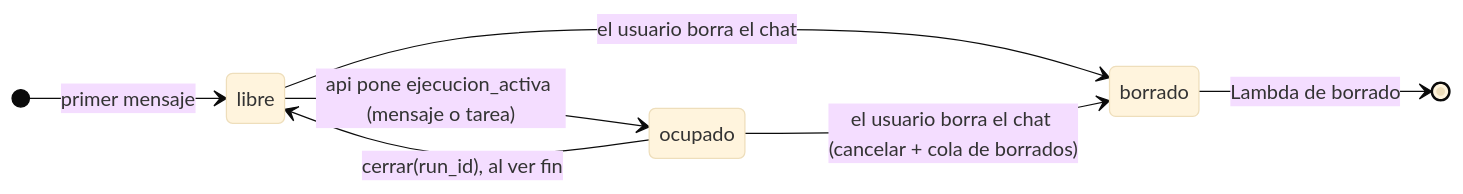
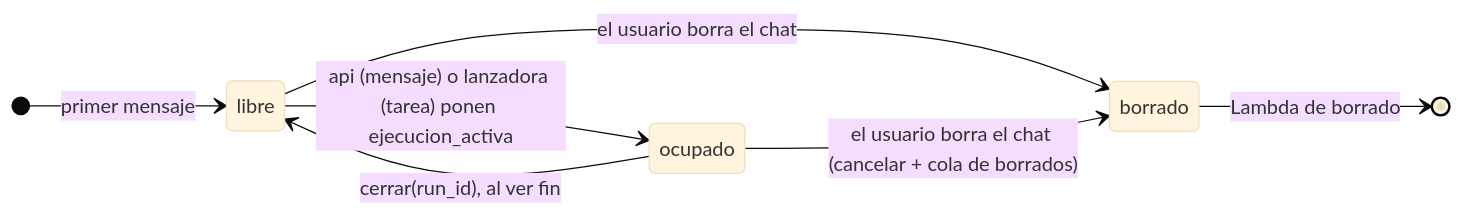
Before and after one commit to ikermendi/sample-agent-platform-with-agentcore: the fifth of 9 diagrams in docs/arquitectura-agentes.md, drawn with Mermaid (base theme). The commit also changed other lines of this file, not shown here.

````diff
--- a/docs/arquitectura-agentes.md
+++ b/docs/arquitectura-agentes.md
@@ -547,10 +547,10 @@
 ```mermaid
 stateDiagram-v2
   direction LR
   [*] --> libre : primer mensaje
-  libre --> ocupado : api pone ejecucion_activa (mensaje o tarea)
+  libre --> ocupado : api (mensaje) o lanzadora (tarea) ponen ejecucion_activa
   ocupado --> libre : cerrar(run_id), al ver fin
   libre --> borrado : el usuario borra el chat
   ocupado --> borrado : el usuario borra el chat (cancelar + cola de borrados)
   borrado --> [*] : Lambda de borrado
 ```
````
